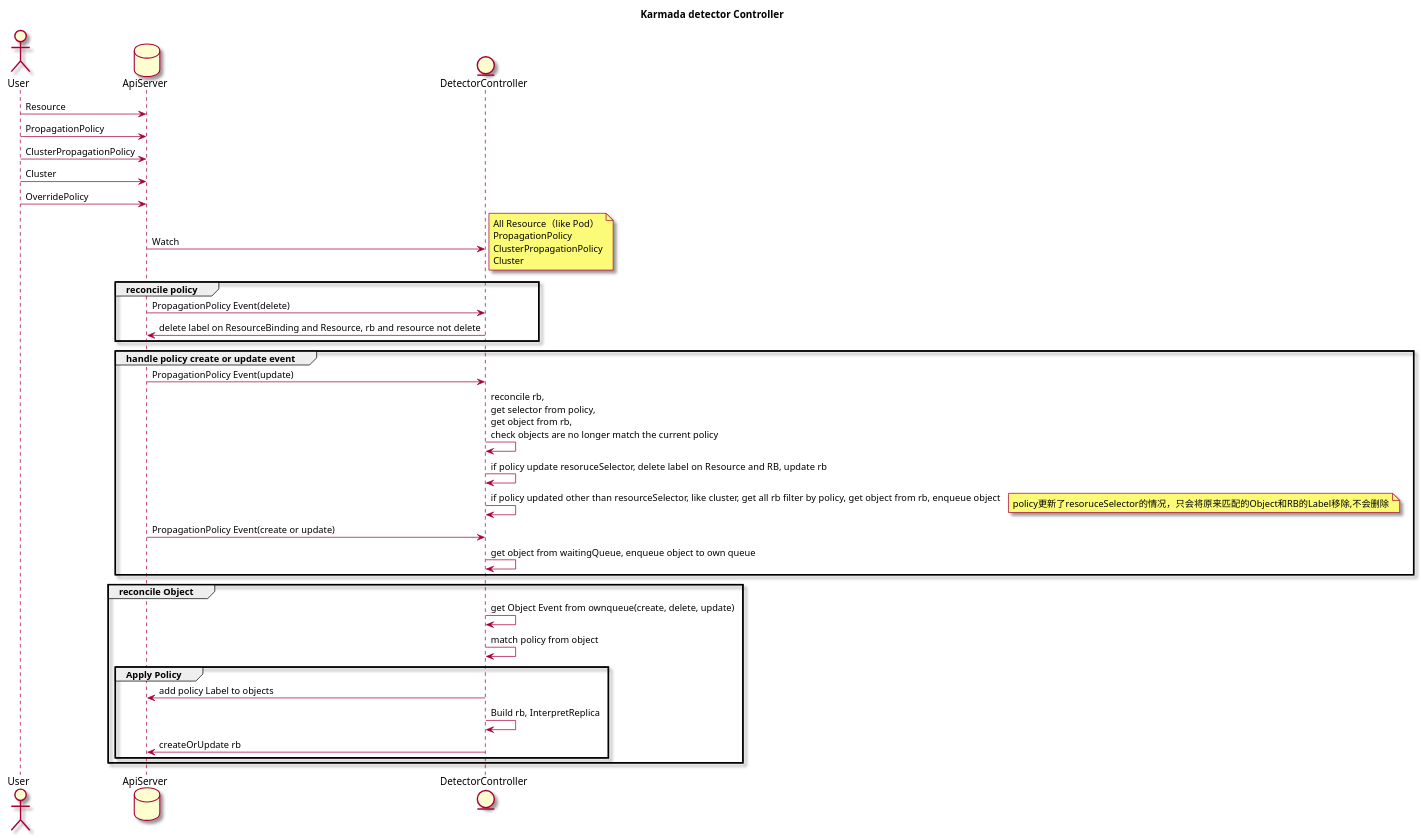
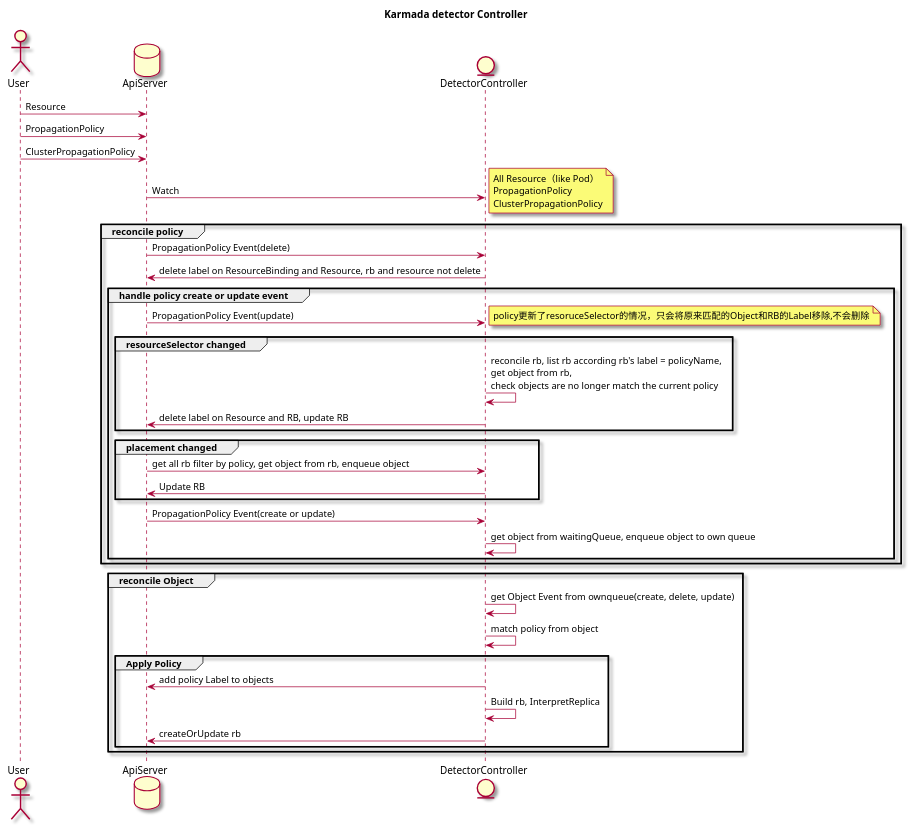
The diagram in plantuml/karmada-detectorController.plantuml (neteric/karmada), drawn with PlantUML before and after one commit. The commit also changed 5 other files, not shown here.

Commit message:
add clsuter controller plantuml

```diff
--- a/plantuml/karmada-detectorController.plantuml
+++ b/plantuml/karmada-detectorController.plantuml
@@ -1,58 +1,64 @@
 @startuml
 
 skin rose
 
 title "Karmada detector Controller"
 
 
 
 actor User
 database "ApiServer" as ApiServer
 entity "DetectorController" as dc
 
 
 
 User -> ApiServer : Resource
 User -> ApiServer : PropagationPolicy
 User -> ApiServer : ClusterPropagationPolicy
-User -> ApiServer : Cluster
-User -> ApiServer : OverridePolicy
 ApiServer -> dc : Watch
 
 note right
 All Resource（like Pod）
 PropagationPolicy
 ClusterPropagationPolicy
-Cluster
 end note
 
 group reconcile policy
     ApiServer -> dc: PropagationPolicy Event(delete)
     dc -> ApiServer: delete label on ResourceBinding and Resource, rb and resource not delete
-end
+
 
 group handle policy create or update event
     ApiServer -> dc: PropagationPolicy Event(update)
-    dc -> dc: reconcile rb, \nget selector from policy, \nget object from rb,\ncheck objects are no longer match the current policy
-    dc -> dc: if policy update resoruceSelector,  delete label on Resource and RB, update rb 
-    dc -> dc: if policy updated other than resourceSelector, like cluster, get all rb filter by policy, get object from rb, enqueue object
-
     note right
         policy更新了resoruceSelector的情况，只会将原来匹配的Object和RB的Label移除,不会删除
     end note
+    group resourceSelector changed
+        dc -> dc: reconcile rb, list rb according rb's label = policyName, \nget object from rb,\ncheck objects are no longer match the current policy
+        dc -> ApiServer: delete label on Resource and RB, update RB
+    end
+    
+    group placement changed
+        ApiServer -> dc: get all rb filter by policy, get object from rb, enqueue object
+        dc -> ApiServer: Update RB
+    end
+
+
     ApiServer -> dc: PropagationPolicy Event(create or update)
     dc -> dc: get object from waitingQueue, enqueue object to own queue
+end
+
 end
 group reconcile Object
     dc -> dc: get Object Event from ownqueue(create, delete, update)
     dc -> dc: match policy from object 
 
     group Apply Policy
         dc -> ApiServer: add policy Label to objects 
         dc -> dc : Build rb, InterpretReplica
         dc -> ApiServer: createOrUpdate rb
     end 
 end
 
 
 @enduml
```
